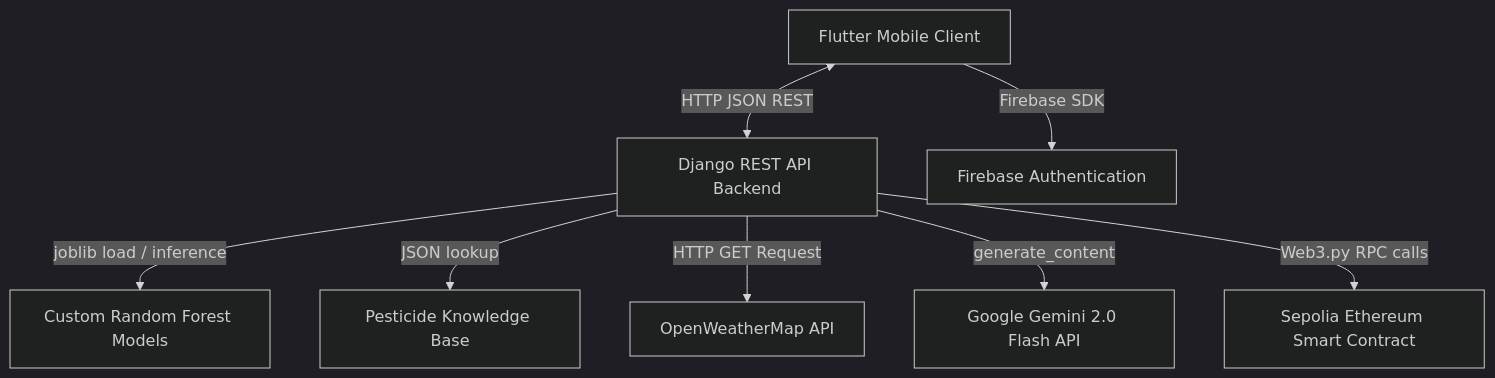
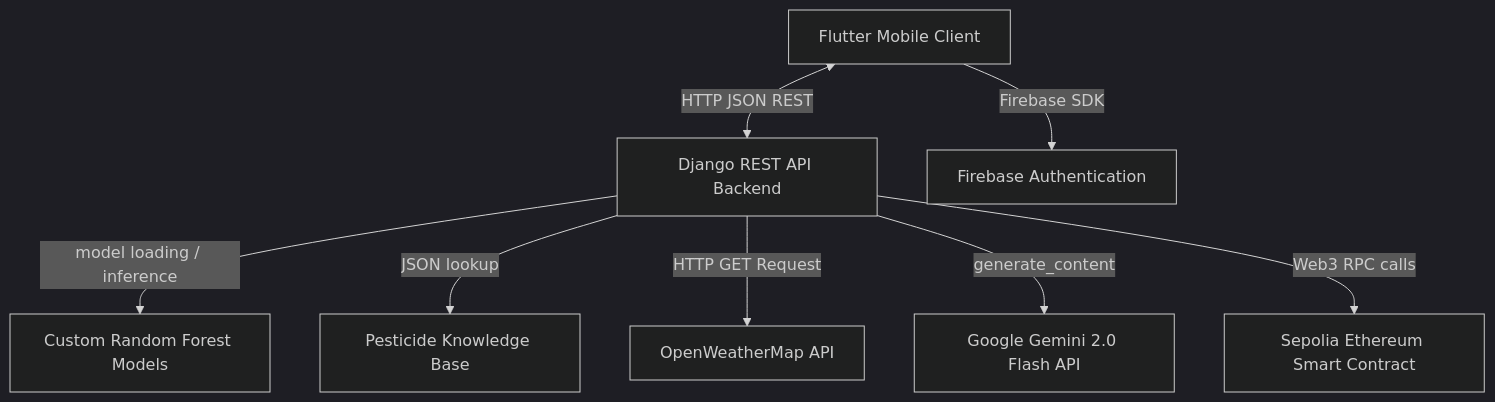
One commit to omer9618/AgroSmart_Documentation changed the second of 4 diagrams in distributed_network_traffic_controller_hld.md. Above: the diagram before and after it, drawn with Mermaid (dark theme). The commit also changed other lines of this file, not shown here.

Commit message:
Align HLD with asynchronous Web3.py execution specs, preserve data typos, and remove dot-extensions in prose

````diff
--- a/distributed_network_traffic_controller_hld.md
+++ b/distributed_network_traffic_controller_hld.md
@@ -164,10 +173,10 @@
 ```mermaid
 graph TD
     A[Flutter Mobile Client] <-->|HTTP JSON REST| B[Django REST API Backend]
-    B -->|joblib load / inference| C[Custom Random Forest Models]
+    B -->|model loading / inference| C[Custom Random Forest Models]
     B -->|JSON lookup| D[Pesticide Knowledge Base]
     B -->|HTTP GET Request| E[OpenWeatherMap API]
     B -->|generate_content| F[Google Gemini 2.0 Flash API]
-    B -->|Web3.py RPC calls| G[Sepolia Ethereum Smart Contract]
+    B -->|Web3 RPC calls| G[Sepolia Ethereum Smart Contract]
     A -->|Firebase SDK| H[Firebase Authentication]
 ```
````
